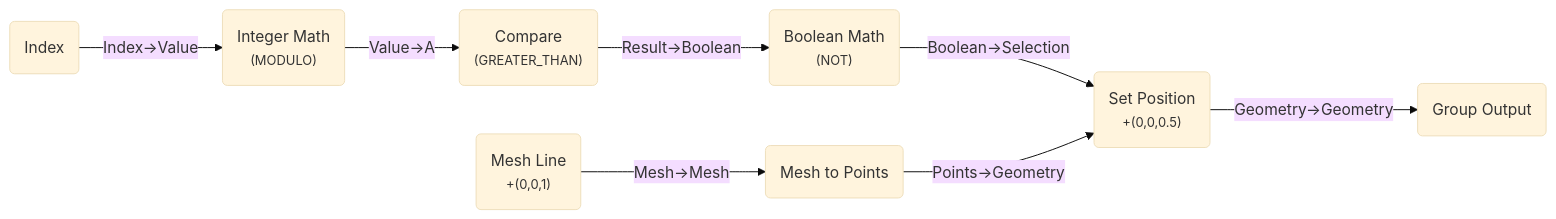
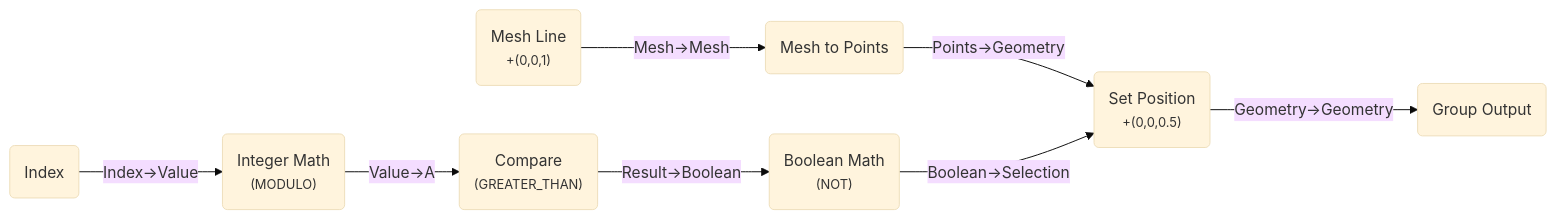
Before and after one commit to BradyAJohnston/nodebpy: the seventh of 11 diagrams in operators.llms.md, drawn with Mermaid (base theme). The commit also changed other lines of this file and 104 other files, not shown here.

````diff
--- a/operators.llms.md
+++ b/operators.llms.md
@@ -257,18 +257,18 @@
 ``` mermaid
 graph LR
     N0("Index"):::input-node
     N1("Integer Math<br/><small>(MODULO)</small>"):::converter-node
     N2("Mesh Line<br/><small>+(0,0,1)</small>"):::geometry-node
     N3("Compare<br/><small>(GREATER_THAN)</small>"):::converter-node
     N4("Mesh to Points"):::geometry-node
     N5("Boolean Math<br/><small>(NOT)</small>"):::converter-node
     N6("Set Position<br/><small>+(0,0,0.5)</small>"):::geometry-node
     N7("Group Output"):::default-node
     N0 -->|"Index->Value"| N1
     N1 -->|"Value->A"| N3
     N3 -->|"Result->Boolean"| N5
     N2 -->|"Mesh->Mesh"| N4
+    N4 -->|"Points->Geometry"| N6
     N5 -->|"Boolean->Selection"| N6
-    N4 -->|"Points->Geometry"| N6
     N6 -->|"Geometry->Geometry"| N7
 ```
````
